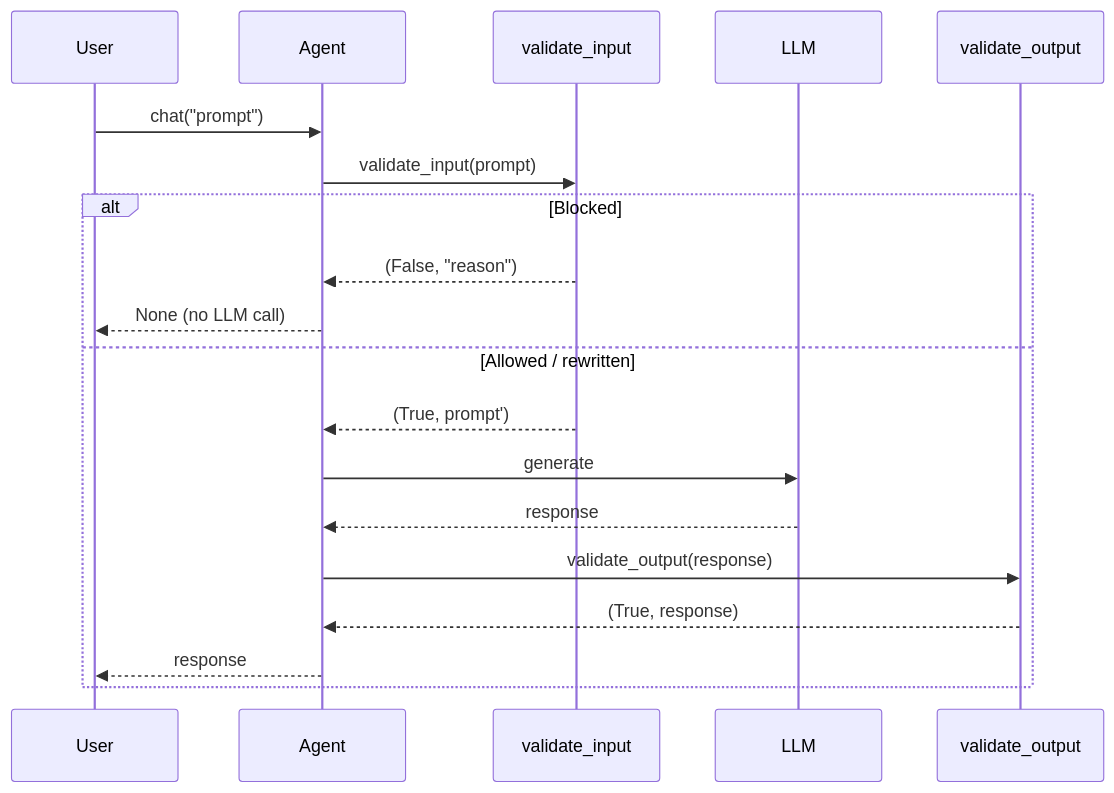
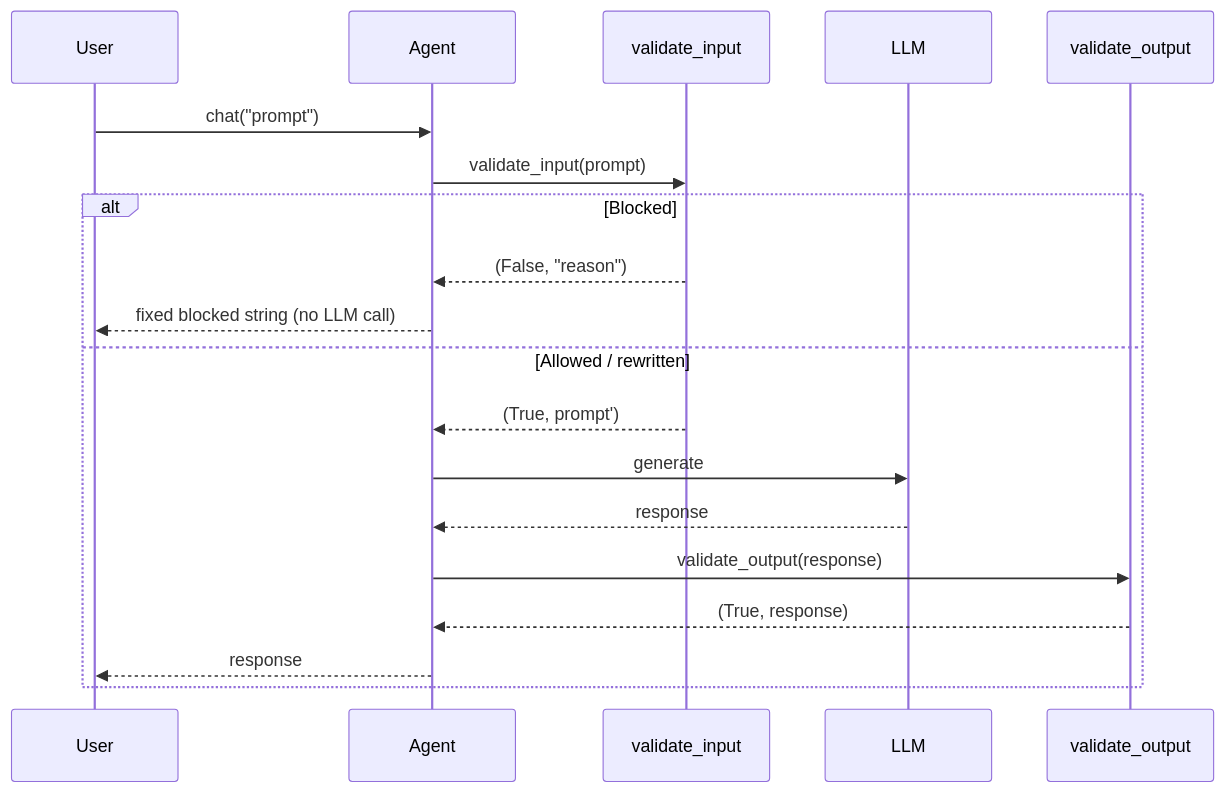
The second of 12 diagrams in docs/features/guardrails.mdx (MervinPraison/PraisonAIDocs), drawn with Mermaid before and after one commit. The commit also changed other lines of this file and 3 other files, not shown here.

````diff
--- a/docs/features/guardrails.mdx
+++ b/docs/features/guardrails.mdx
@@ -180,22 +180,22 @@
 ```mermaid
 sequenceDiagram
     participant User
     participant Agent
     participant InputGuard as validate_input
     participant LLM
     participant OutputGuard as validate_output
 
     User->>Agent: chat("prompt")
     Agent->>InputGuard: validate_input(prompt)
     alt Blocked
         InputGuard-->>Agent: (False, "reason")
-        Agent-->>User: None (no LLM call)
+        Agent-->>User: fixed blocked string (no LLM call)
     else Allowed / rewritten
         InputGuard-->>Agent: (True, prompt')
         Agent->>LLM: generate
         LLM-->>Agent: response
         Agent->>OutputGuard: validate_output(response)
         OutputGuard-->>Agent: (True, response)
         Agent-->>User: response
     end
 ```
````
